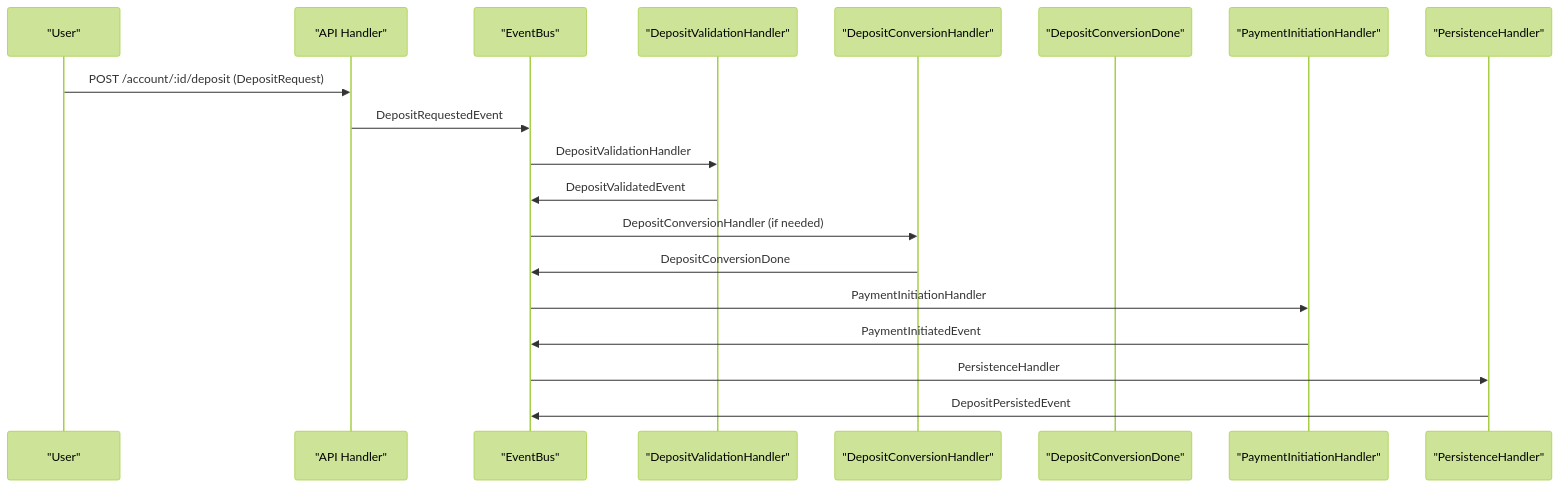
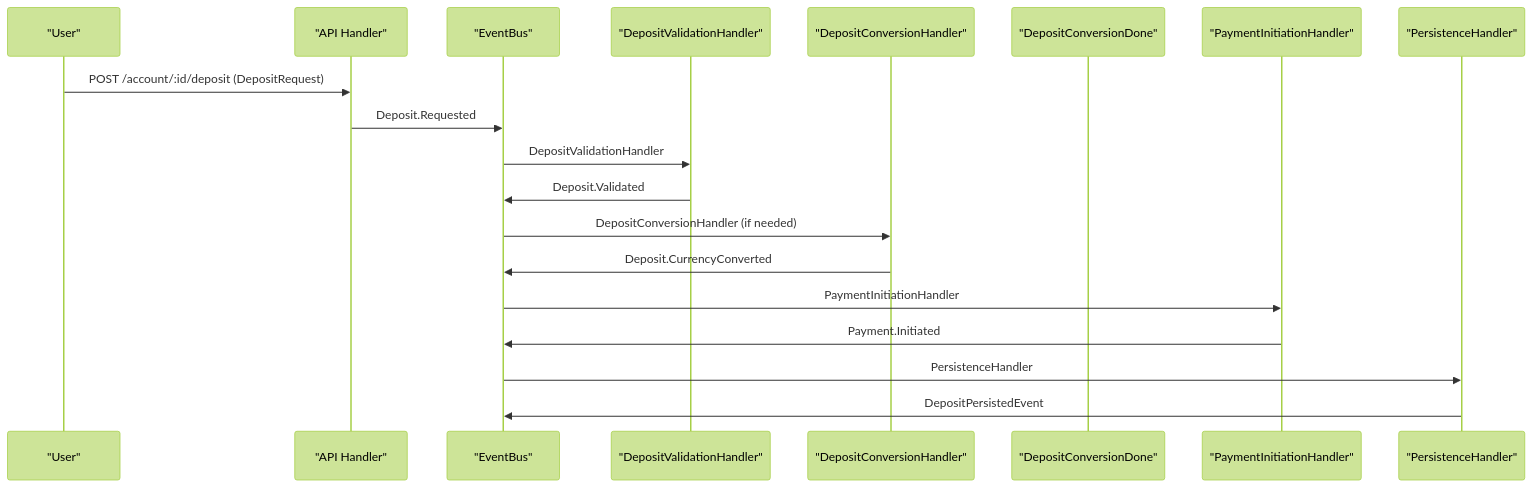
The first of 2 diagrams in docs/refactoring/event-driven-deposit-flow.md (amirasaad/fintech), drawn with Mermaid (forest theme) before and after one commit. The commit also changed other lines of this file and 11 other files, not shown here.

First line of the commit message:
docs: synchronize event names, API endpoints, and file paths across documentation

````diff
--- a/docs/refactoring/event-driven-deposit-flow.md
+++ b/docs/refactoring/event-driven-deposit-flow.md
@@ -18,22 +18,22 @@
 ```mermaid
 sequenceDiagram
     participant U as "User"
     participant API as "API Handler"
     participant EB as "EventBus"
     participant VH as "DepositValidationHandler"
     participant DC as "DepositConversionHandler"
     participant DCD as "DepositConversionDone"
     participant PI as "PaymentInitiationHandler"
     participant P as "PersistenceHandler"
 
     U->>API: POST /account/:id/deposit (DepositRequest)
-    API->>EB: DepositRequestedEvent
+    API->>EB: Deposit.Requested
     EB->>VH: DepositValidationHandler
-    VH->>EB: DepositValidatedEvent
+    VH->>EB: Deposit.Validated
     EB->>DC: DepositConversionHandler (if needed)
-    DC->>EB: DepositConversionDone
+    DC->>EB: Deposit.CurrencyConverted
     EB->>PI: PaymentInitiationHandler
-    PI->>EB: PaymentInitiatedEvent
+    PI->>EB: Payment.Initiated
     EB->>P: PersistenceHandler
     P->>EB: DepositPersistedEvent
 ```
````
